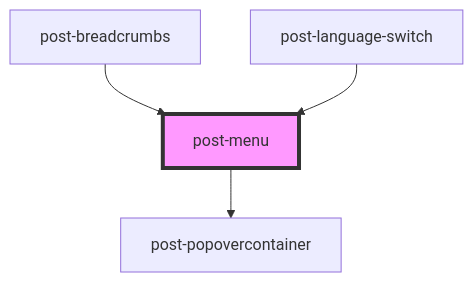
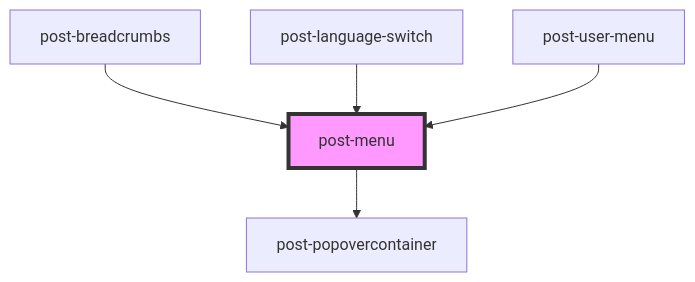
The diagram in packages/components/src/components/post-menu/readme.md (swisspost/design-system), drawn with Mermaid before and after one commit. The commit also changed other lines of this file and 14 other files, not shown here.

Commit message:
feat(components): add post-user-menu

````diff
--- a/packages/components/src/components/post-menu/readme.md
+++ b/packages/components/src/components/post-menu/readme.md
@@ -86,7 +87,8 @@
 ```mermaid
 graph TD;
   post-menu --> post-popovercontainer
   post-breadcrumbs --> post-menu
   post-language-switch --> post-menu
+  post-user-menu --> post-menu
   style post-menu fill:#f9f,stroke:#333,stroke-width:4px
 ```
````
